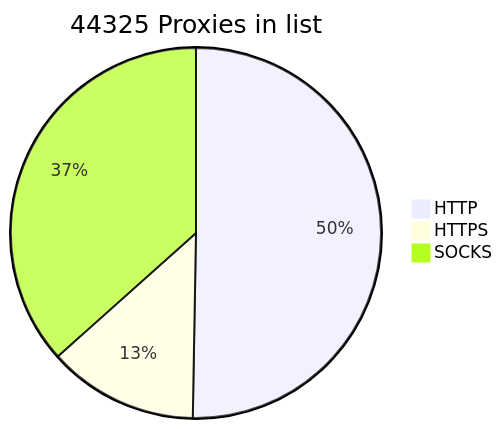
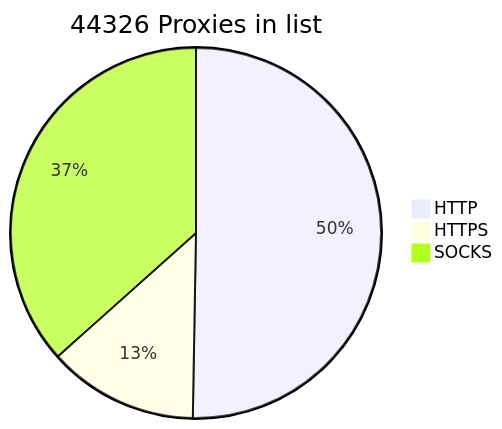
Before and after one commit to BlackSnowDot/proxylist-update-every-minute: the diagram in README.md, drawn with Mermaid.

````diff
--- a/README.md
+++ b/README.md
@@ -2,6 +2,6 @@
 ```mermaid
-pie title 44325 Proxies in list
+pie title 44326 Proxies in list
     "HTTP" : 24859
     "HTTPS": 6489
-    "SOCKS" : 18097
+    "SOCKS" : 18098
 ```
````
